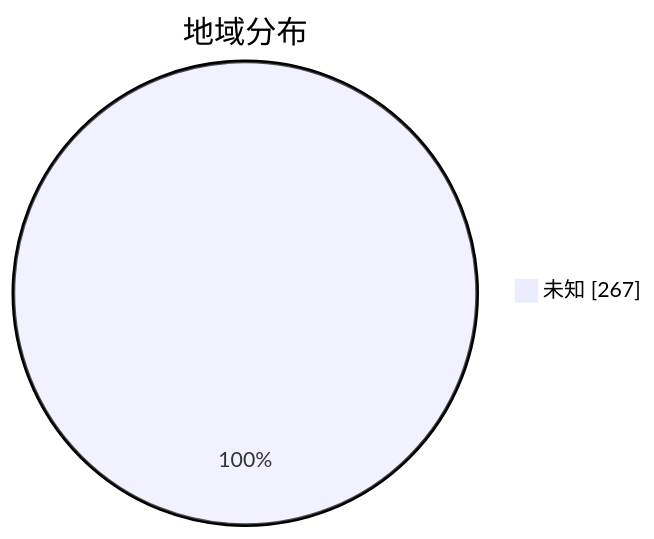
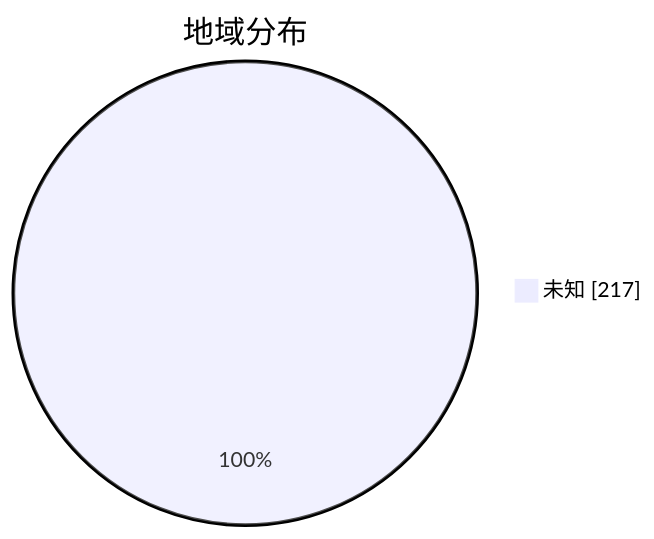
The second of 3 diagrams in subs/statistics/tested_within.md (qjlxg/airport), drawn with Mermaid before and after one commit. The commit also changed other lines of this file and 2 other files, not shown here.

````diff
--- a/subs/statistics/tested_within.md
+++ b/subs/statistics/tested_within.md
@@ -12,5 +12,5 @@
 ```mermaid
 pie showData
 title 地域分布
-"未知" : 267
+"未知" : 217
 ```
````
